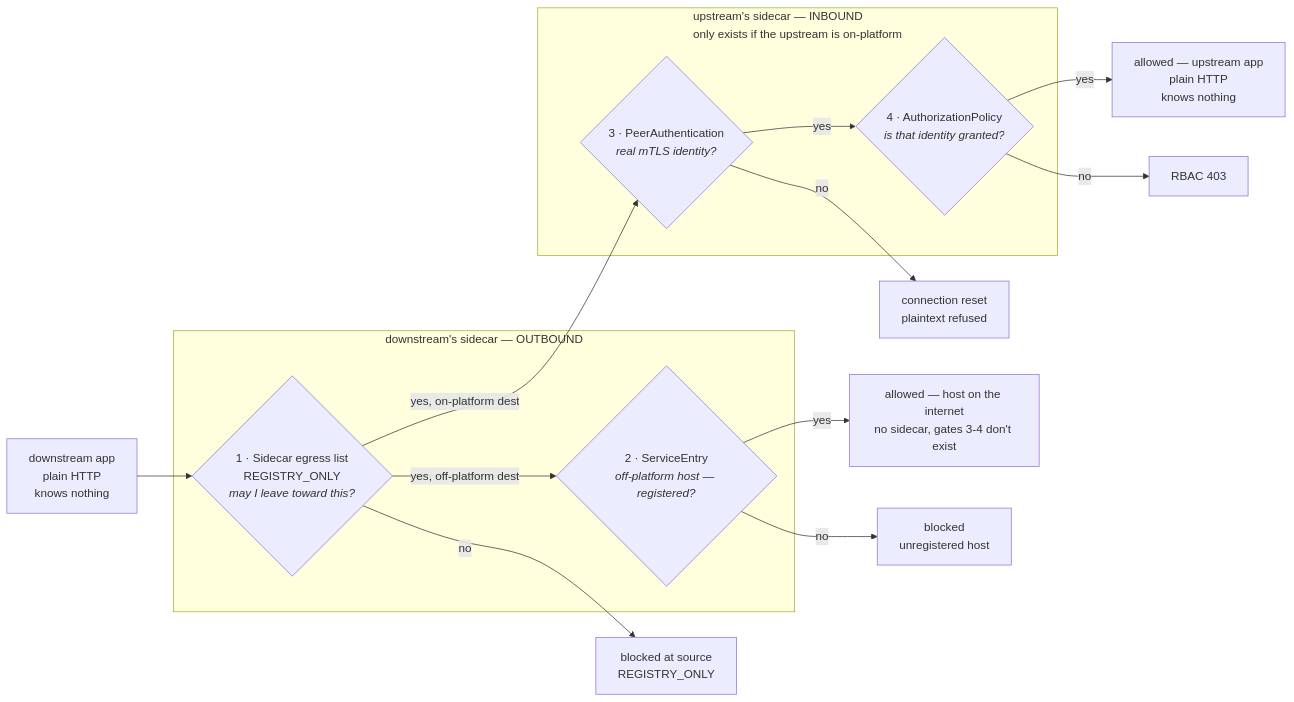
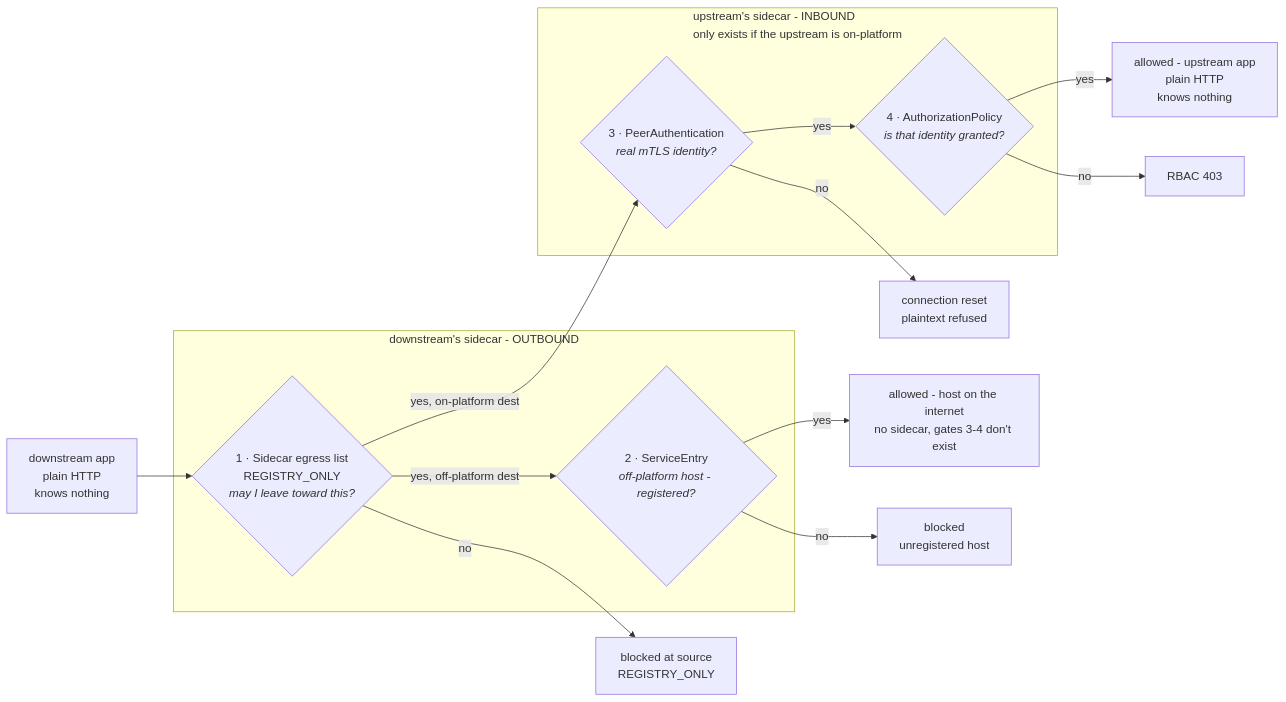
Before and after one commit to cujarrett/homelab: the first of 2 diagrams in docs/platform-connections.md, drawn with Mermaid. The commit also changed other lines of this file and 110 other files, not shown here.

````diff
--- a/docs/platform-connections.md
+++ b/docs/platform-connections.md
@@ -92,25 +92,25 @@
 ```mermaid
 flowchart LR
     APP["downstream app<br/>plain HTTP<br/>knows nothing"] --> G1
 
-    subgraph OUT["downstream's sidecar — OUTBOUND"]
+    subgraph OUT["downstream's sidecar - OUTBOUND"]
       G1{"1 · Sidecar egress list<br/>REGISTRY_ONLY<br/><i>may I leave toward this?</i>"}
-      G2{"2 · ServiceEntry<br/><i>off-platform host — registered?</i>"}
+      G2{"2 · ServiceEntry<br/><i>off-platform host - registered?</i>"}
     end
 
-    subgraph IN["upstream's sidecar — INBOUND<br/>only exists if the upstream is on-platform"]
+    subgraph IN["upstream's sidecar - INBOUND<br/>only exists if the upstream is on-platform"]
       G3{"3 · PeerAuthentication<br/><i>real mTLS identity?</i>"}
       G4{"4 · AuthorizationPolicy<br/><i>is that identity granted?</i>"}
       G3 -->|yes| G4
     end
 
     G1 -->|"yes, on-platform dest"| G3
     G1 -->|"yes, off-platform dest"| G2
-    G2 -->|yes| NET["allowed — host on the internet<br/>no sidecar, gates 3-4 don't exist"]
-    G4 -->|yes| DST["allowed — upstream app<br/>plain HTTP<br/>knows nothing"]
+    G2 -->|yes| NET["allowed - host on the internet<br/>no sidecar, gates 3-4 don't exist"]
+    G4 -->|yes| DST["allowed - upstream app<br/>plain HTTP<br/>knows nothing"]
 
     G1 -->|no| D1["blocked at source<br/>REGISTRY_ONLY"]
     G2 -->|no| D2["blocked<br/>unregistered host"]
     G3 -->|no| D3["connection reset<br/>plaintext refused"]
     G4 -->|no| D4["RBAC 403"]
 ```
````
